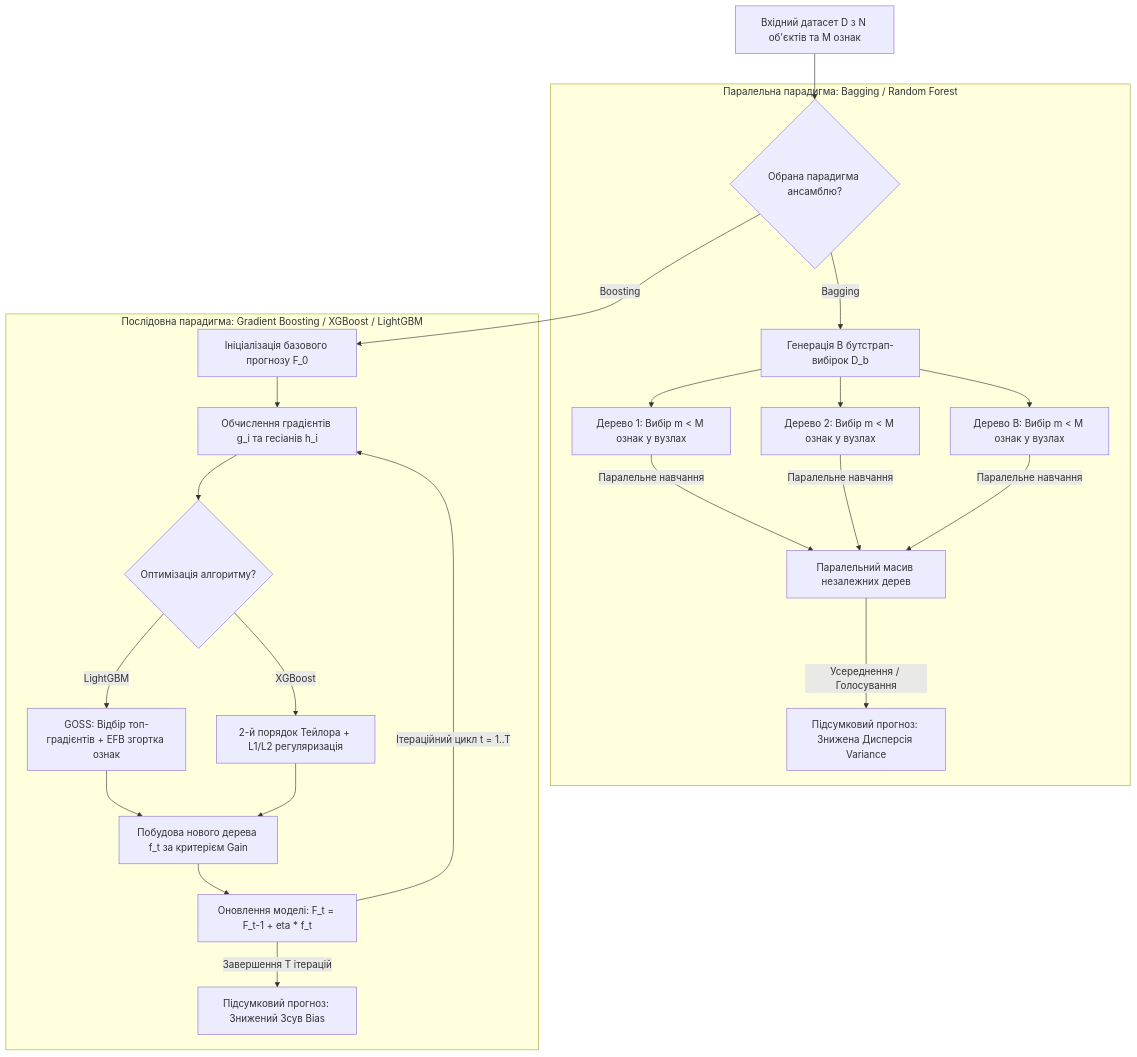
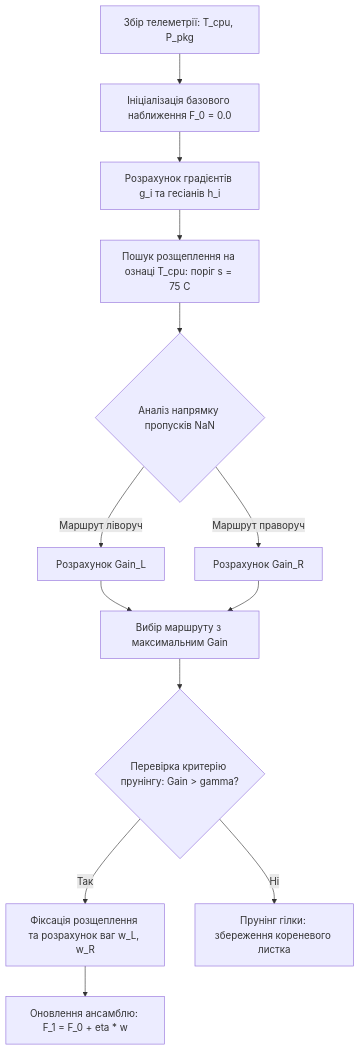
One commit to KyryloVadurin/computational-processes-ai changed the fifth of 5 diagrams in docs/lk/lk7.md. Above: the diagram before and after it, drawn with Mermaid. The commit also changed other lines of this file, not shown here.

````diff
--- a/docs/lk/lk7.md
+++ b/docs/lk/lk7.md
@@ -127,28 +625,14 @@
 ```mermaid
 flowchart TD
-    A[Вхідний датасет D з N об'єктів та M ознак] --> B{Обрана парадигма ансамблю?}
-    
-    subgraph Bagging_Random_Forest [Паралельна парадигма: Bagging / Random Forest]
-        B -->|Bagging| C[Генерація B бутстрап-вибірок D_b]
-        C --> D1[Дерево 1: Вибір m < M ознак у вузлах]
-        C --> D2[Дерево 2: Вибір m < M ознак у вузлах]
-        C --> D3[Дерево B: Вибір m < M ознак у вузлах]
-        
-        D1 & D2 & D3 -->|Паралельне навчання| E[Паралельний масив незалежних дерев]
-        E -->|Усереднення / Голосування| F[Підсумковий прогноз: Знижена Дисперсія Variance]
-    end
-    
-    subgraph Boosting_XGB_LGBM [Послідовна парадигма: Gradient Boosting / XGBoost / LightGBM]
-        B -->|Boosting| G[Ініціалізація базового прогнозу F_0]
-        G --> H[Обчислення градієнтів g_i та гесіанів h_i]
-        
-        H --> I{Оптимізація алгоритму?}
-        I -->|LightGBM| J[GOSS: Відбір топ-градієнтів + EFB згортка ознак]
-        I -->|XGBoost| K[2-й порядок Тейлора + L1/L2 регуляризація]
-        
-        J & K --> L[Побудова нового дерева f_t за критерієм Gain]
-        L --> M[Оновлення моделі: F_t = F_t-1 + eta * f_t]
-        M -->|Ітераційний цикл t = 1..T| H
-        M -->|Завершення T ітерацій| N[Підсумковий прогноз: Знижений Зсув Bias]
-    end
+    A[Збір телеметрії: T_cpu, P_pkg] --> B[Ініціалізація базового наближення F_0 = 0.0]
+    B --> C[Розрахунок градієнтів g_i та гесіанів h_i]
+    C --> D[Пошук розщеплення на ознаці T_cpu: поріг s = 75 C]
+    D --> E{Аналіз напрямку пропусків NaN}
+    E -->|Маршрут ліворуч| F1[Розрахунок Gain_L]
+    E -->|Маршрут праворуч| F2[Розрахунок Gain_R]
+    F1 & F2 --> G[Вибір маршруту з максимальним Gain]
+    G --> H{Перевірка критерію прунінгу: Gain > gamma?}
+    H -->|Так| I[Фіксація розщеплення та розрахунок ваг w_L, w_R]
+    H -->|Ні| J[Прунінг гілки: збереження кореневого листка]
+    I --> K[Оновлення ансамблю: F_1 = F_0 + eta * w]
 ```
````
